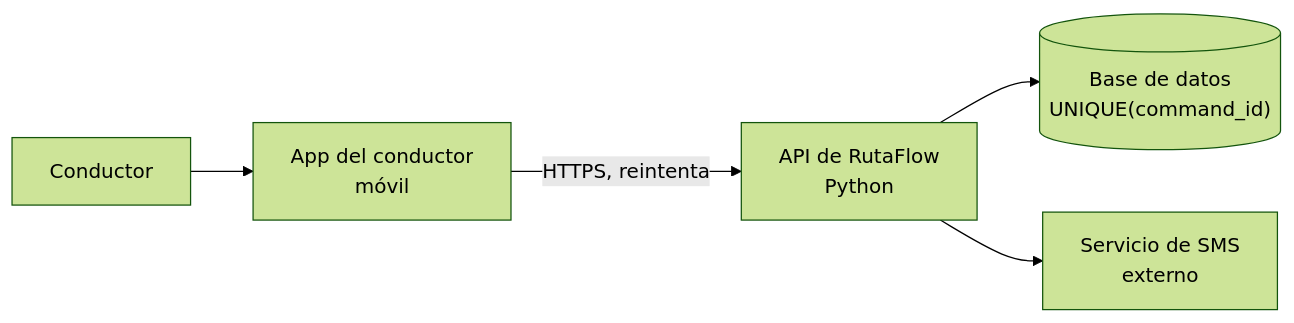
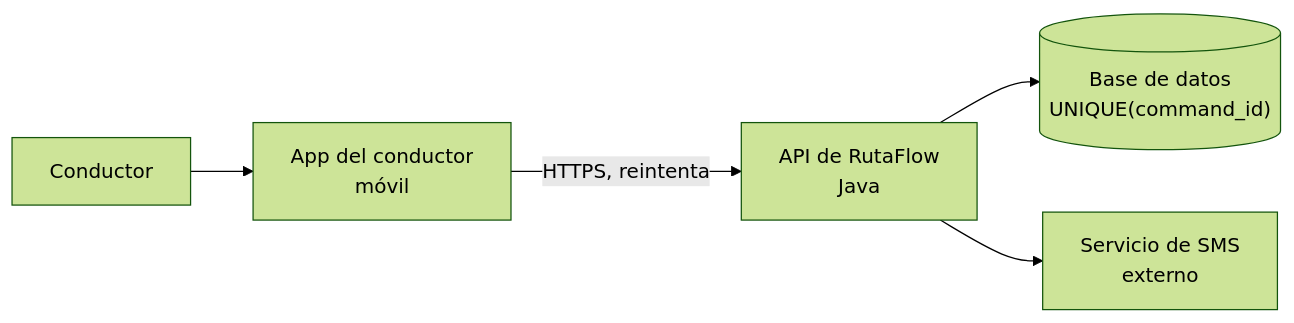
One commit to NICORUIZ93/The_Imperial_Book changed the third of 9 diagrams in web/public/content/arquitectura/modulo-0.md. Above: the diagram before and after it, drawn with Mermaid (forest theme). The commit also changed other lines of this file and 3 other files, not shown here.

````diff
--- a/web/public/content/arquitectura/modulo-0.md
+++ b/web/public/content/arquitectura/modulo-0.md
@@ -458,7 +490,7 @@
 ```mermaid
 flowchart LR
     C["Conductor"] --> APP["App del conductor<br/>móvil"]
-    APP -->|"HTTPS, reintenta"| API["API de RutaFlow<br/>Python"]
+    APP -->|"HTTPS, reintenta"| API["API de RutaFlow<br/>Java"]
     API --> DB[("Base de datos<br/>UNIQUE(command_id)")]
     API --> SMS["Servicio de SMS<br/>externo"]
 ```
````
